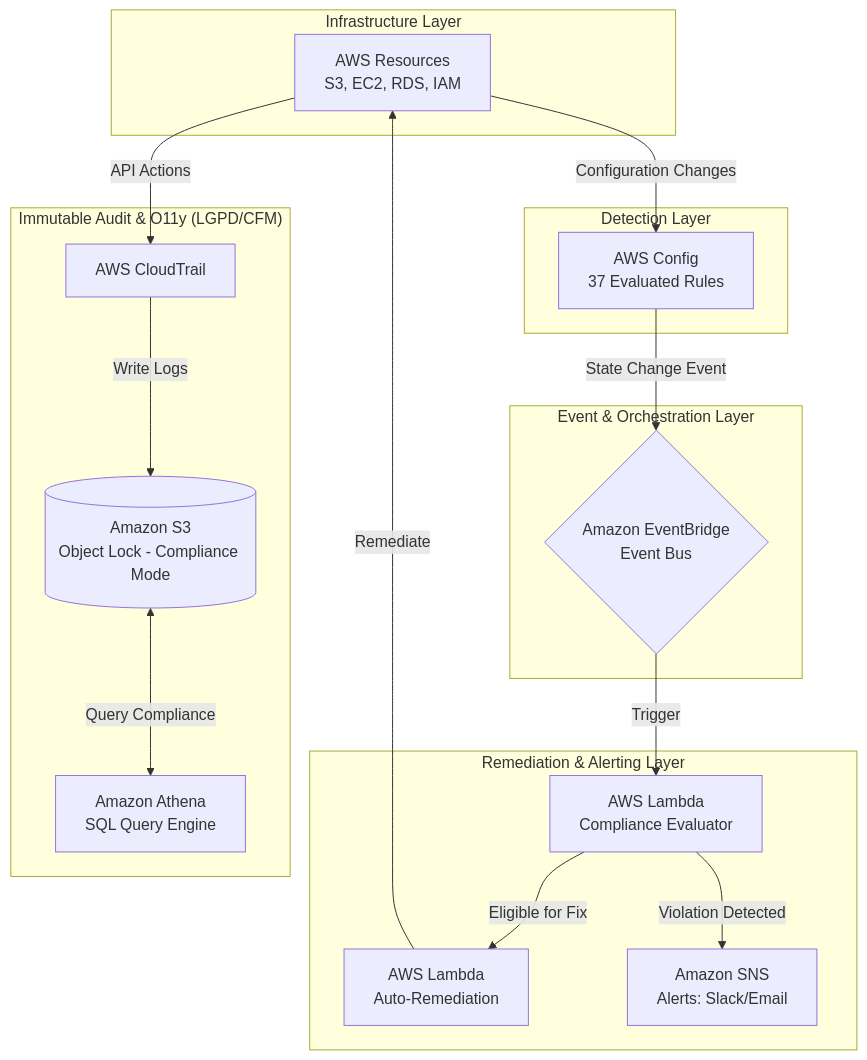
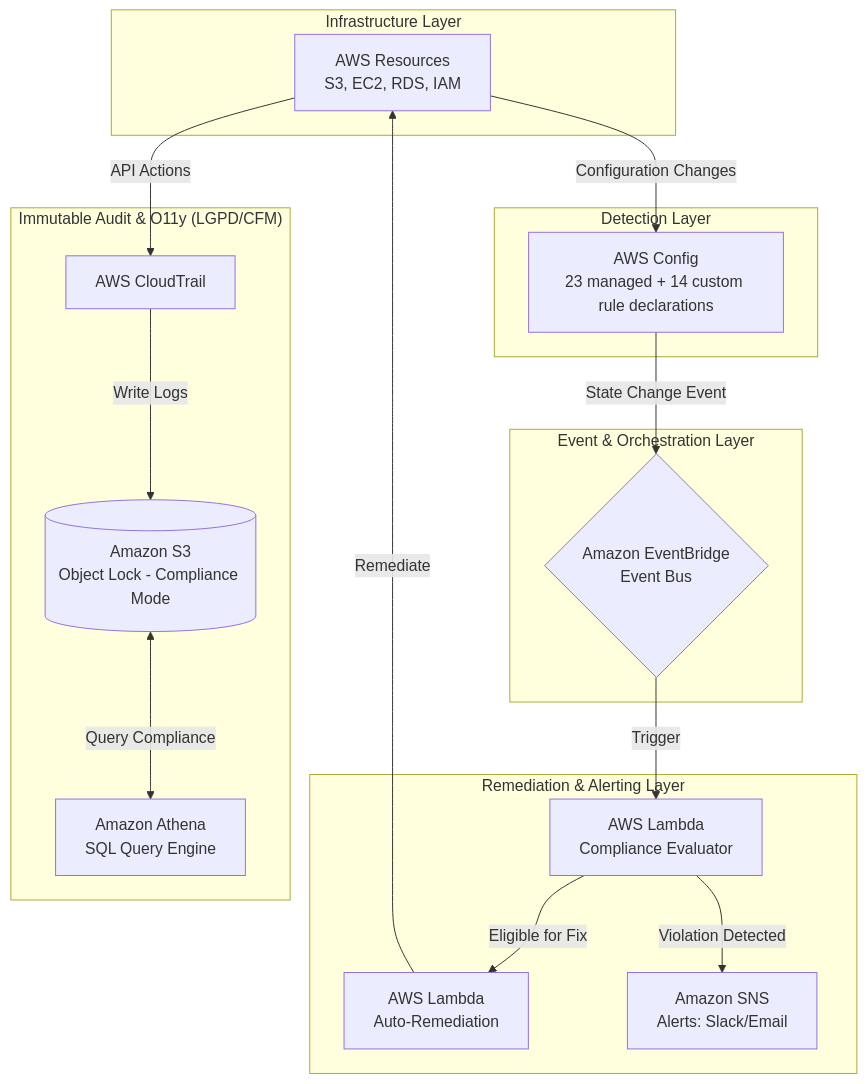
One commit to guinatural/wayfinder-cloud changed the diagram in README.md. Above: the diagram before and after it, drawn with Mermaid. The commit also changed other lines of this file and 40 other files, not shown here.

````diff
--- a/README.md
+++ b/README.md
@@ -35,39 +41,39 @@
 ```mermaid
 flowchart TD
     subgraph "Infrastructure Layer"
         AWS[AWS Resources\nS3, EC2, RDS, IAM]
     end
 
     subgraph "Detection Layer"
-        Config[AWS Config\n37 Evaluated Rules]
+        Config[AWS Config\n23 managed + 14 custom rule declarations]
     end
 
     subgraph "Event & Orchestration Layer"
         EB{Amazon EventBridge\nEvent Bus}
     end
 
     subgraph "Remediation & Alerting Layer"
         EvalLambda[AWS Lambda\nCompliance Evaluator]
         AutoRemLambda[AWS Lambda\nAuto-Remediation]
         SNS[Amazon SNS\nAlerts: Slack/Email]
     end
 
     subgraph "Immutable Audit & O11y (LGPD/CFM)"
         CT[AWS CloudTrail]
         S3Lock[(Amazon S3\nObject Lock - Compliance Mode)]
         Athena[Amazon Athena\nSQL Query Engine]
     end
 
     AWS -->|Configuration Changes| Config
     Config -->|State Change Event| EB
     
     EB -->|Trigger| EvalLambda
     EvalLambda -->|Violation Detected| SNS
     EvalLambda -->|Eligible for Fix| AutoRemLambda
     
     AutoRemLambda -->|Remediate| AWS
     
     AWS -->|API Actions| CT
     CT -->|Write Logs| S3Lock
     S3Lock <-->|Query Compliance| Athena
 ```
````
